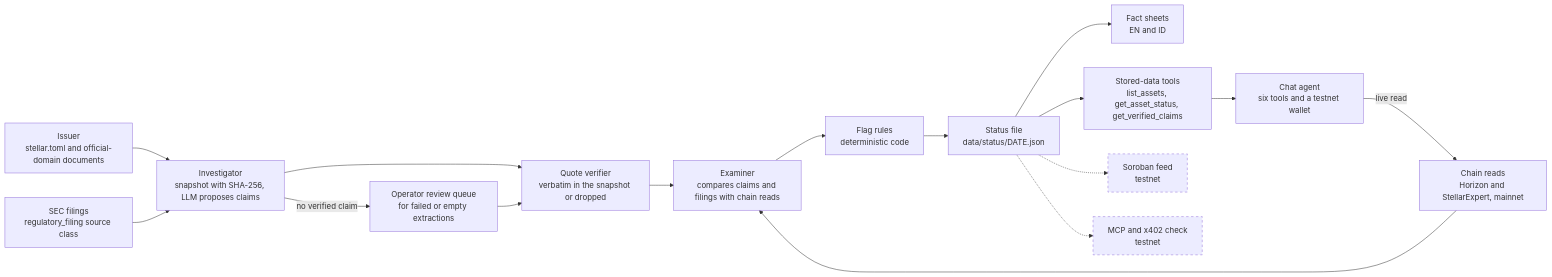
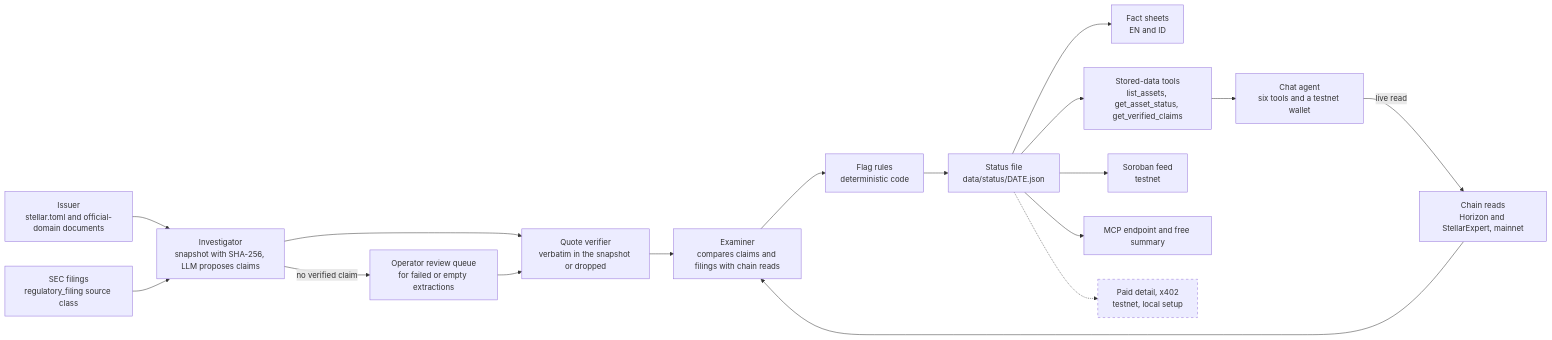
Before and after one commit to dzakwannajmi/recon: the diagram in README.md, drawn with Mermaid. The commit also changed other lines of this file, not shown here.

First line of the commit message:
README: shipped features and future scope (#59)

````diff
--- a/README.md
+++ b/README.md
@@ -107,34 +112,36 @@
 ```mermaid
 flowchart LR
   issuer["Issuer<br/>stellar.toml and official-domain documents"]
   sec["SEC filings<br/>regulatory_filing source class"]
   inv["Investigator<br/>snapshot with SHA-256, LLM proposes claims"]
   ver["Quote verifier<br/>verbatim in the snapshot or dropped"]
   rq["Operator review queue<br/>for failed or empty extractions"]
   chain["Chain reads<br/>Horizon and StellarExpert, mainnet"]
   exm["Examiner<br/>compares claims and filings with chain reads"]
   flags["Flag rules<br/>deterministic code"]
   status["Status file<br/>data/status/DATE.json"]
   fs["Fact sheets<br/>EN and ID"]
   chat["Chat agent<br/>six tools and a testnet wallet"]
   stored["Stored-data tools<br/>list_assets, get_asset_status, get_verified_claims"]
-  feed["Soroban feed<br/>testnet"]:::future
-  mcp["MCP and x402 check<br/>testnet"]:::future
+  feed["Soroban feed<br/>testnet"]
+  mcp["MCP endpoint and free summary"]
+  x402["Paid detail, x402<br/>testnet, local setup"]:::future
 
   issuer --> inv
   sec --> inv
   inv --> ver
   inv -->|"no verified claim"| rq
   rq --> ver
   ver --> exm
   chain --> exm
   exm --> flags
   flags --> status
   status --> fs
   chat -->|"live read"| chain
   status --> stored
   stored --> chat
-  status -.-> feed
-  status -.-> mcp
+  status --> feed
+  status --> mcp
+  status -.-> x402
   classDef future stroke-dasharray: 5 5
 ```
````
